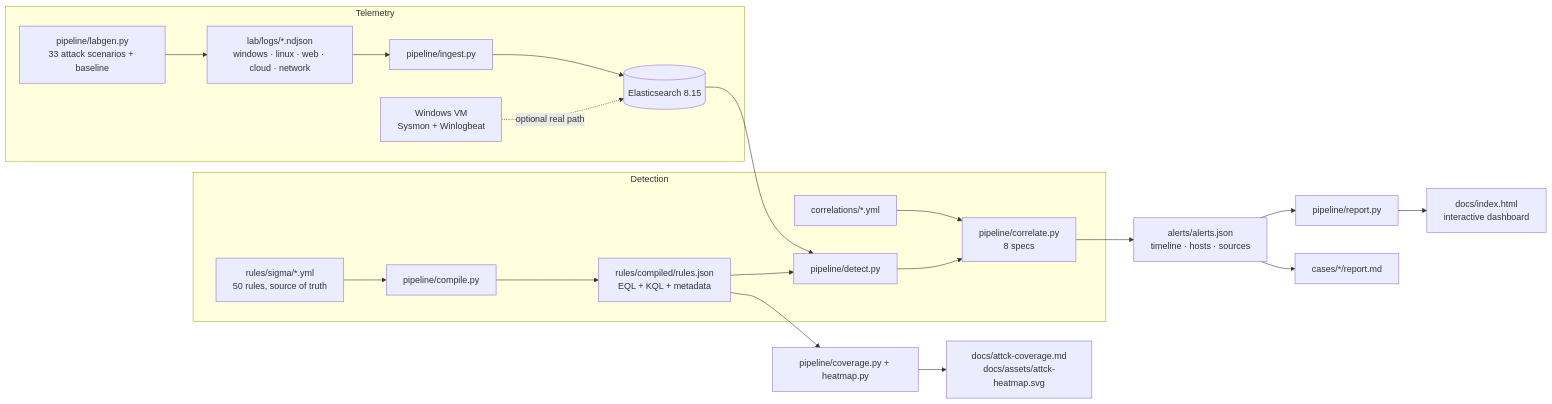
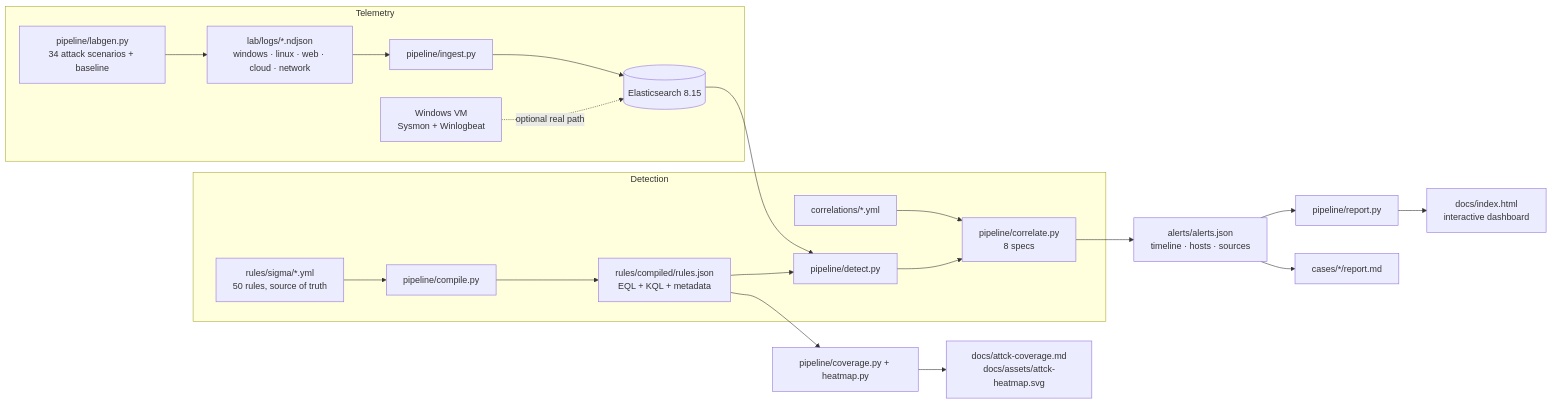
One commit to Meruyert5/penumbra changed the diagram in README.md. Above: the diagram before and after it, drawn with Mermaid. The commit also changed other lines of this file and 27 other files, not shown here.

````diff
--- a/README.md
+++ b/README.md
@@ -93,25 +95,25 @@
 ```mermaid
 flowchart LR
   subgraph Telemetry
-    A["pipeline/labgen.py<br/>33 attack scenarios + baseline"] --> B["lab/logs/*.ndjson<br/>windows · linux · web · cloud · network"]
+    A["pipeline/labgen.py<br/>34 attack scenarios + baseline"] --> B["lab/logs/*.ndjson<br/>windows · linux · web · cloud · network"]
     W["Windows VM<br/>Sysmon + Winlogbeat"] -. optional real path .-> ES
     B --> I["pipeline/ingest.py"]
   end
 
   subgraph Detection
     S["rules/sigma/*.yml<br/>50 rules, source of truth"] --> C["pipeline/compile.py"]
     C --> E["rules/compiled/rules.json<br/>EQL + KQL + metadata"]
     E --> D["pipeline/detect.py"]
     I --> ES[("Elasticsearch 8.15")]
     ES --> D
     D --> K["pipeline/correlate.py<br/>8 specs"]
     R["correlations/*.yml"] --> K
   end
 
   K --> AL["alerts/alerts.json<br/>timeline · hosts · sources"]
   AL --> REP["pipeline/report.py"]
   REP --> HTML["docs/index.html<br/>interactive dashboard"]
   AL --> CASE["cases/*/report.md"]
   E --> COV["pipeline/coverage.py + heatmap.py"]
   COV --> DOC["docs/attck-coverage.md<br/>docs/assets/attck-heatmap.svg"]
 ```
````
